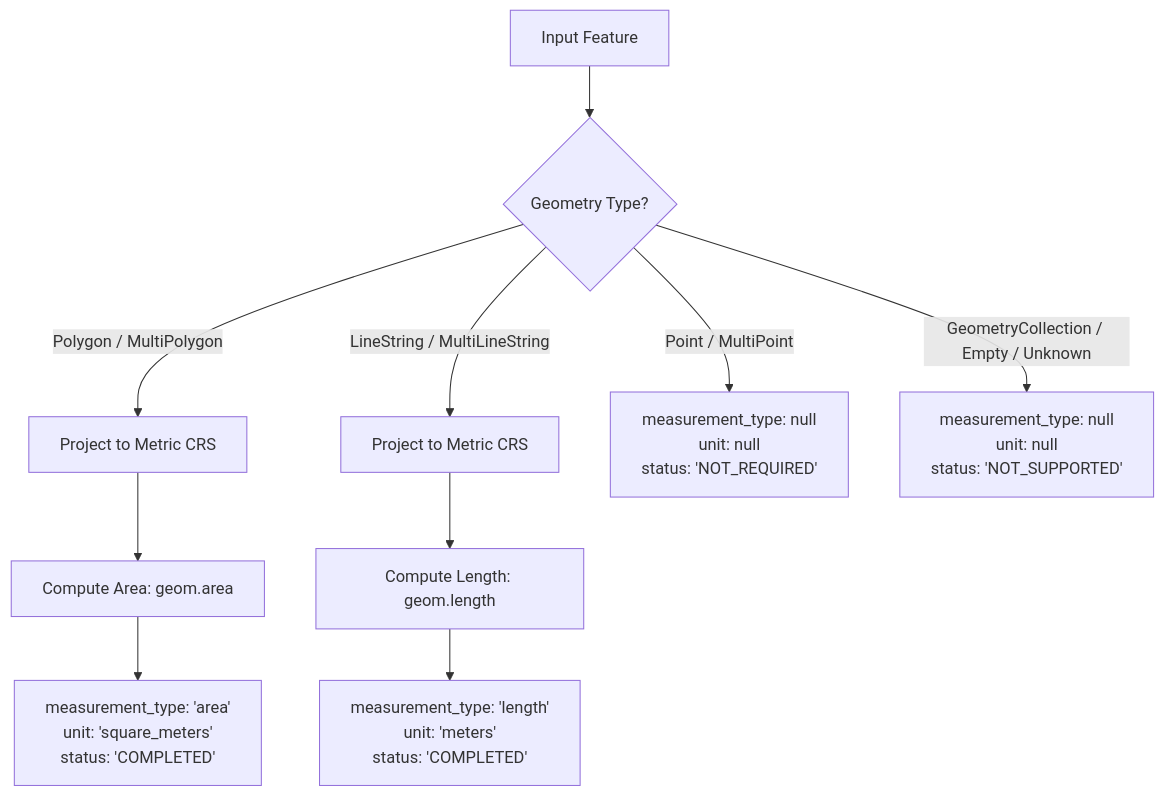
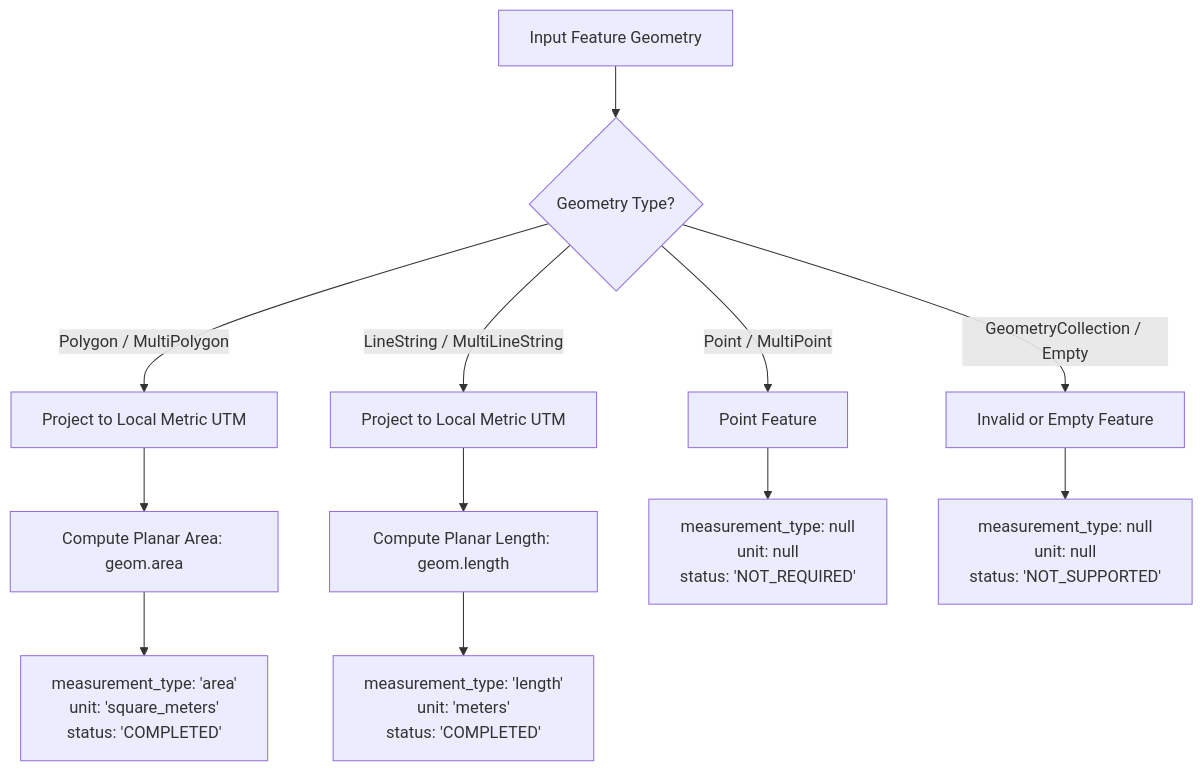
One commit to surhendhaar07/geospatial-file-measurement-api changed the second of 2 diagrams in README.md. Above: the diagram before and after it, drawn with Mermaid. The commit also changed other lines of this file, not shown here.

Commit message:
docs: update README with live Render deployment links, architecture, and design decisions

````diff
--- a/README.md
+++ b/README.md
@@ -200,16 +121,18 @@
 ```mermaid
 flowchart TD
-    Feature[Input Feature] --> CheckGeom{Geometry Type?}
+    Feature[Input Feature Geometry] --> CheckType{Geometry Type?}
     
-    CheckGeom -->|Polygon / MultiPolygon| PolyProj[Project to Metric CRS]
-    PolyProj --> CalcArea[Compute Area: geom.area]
-    CalcArea --> ResultArea["measurement_type: 'area'<br/>unit: 'square_meters'<br/>status: 'COMPLETED'"]
+    CheckType -->|Polygon / MultiPolygon| Poly[Project to Local Metric UTM]
+    Poly --> Area[Compute Planar Area: geom.area]
+    Area --> ResArea["measurement_type: 'area'<br/>unit: 'square_meters'<br/>status: 'COMPLETED'"]
     
-    CheckGeom -->|LineString / MultiLineString| LineProj[Project to Metric CRS]
-    LineProj --> CalcLength[Compute Length: geom.length]
-    CalcLength --> ResultLen["measurement_type: 'length'<br/>unit: 'meters'<br/>status: 'COMPLETED'"]
+    CheckType -->|LineString / MultiLineString| Line[Project to Local Metric UTM]
+    Line --> Len[Compute Planar Length: geom.length]
+    Len --> ResLen["measurement_type: 'length'<br/>unit: 'meters'<br/>status: 'COMPLETED'"]
     
-    CheckGeom -->|Point / MultiPoint| PtPass["measurement_type: null<br/>unit: null<br/>status: 'NOT_REQUIRED'"]
+    CheckType -->|Point / MultiPoint| Pt[Point Feature]
+    Pt --> ResPt["measurement_type: null<br/>unit: null<br/>status: 'NOT_REQUIRED'"]
     
-    CheckGeom -->|GeometryCollection / Empty / Unknown| Unsup["measurement_type: null<br/>unit: null<br/>status: 'NOT_SUPPORTED'"]
+    CheckType -->|GeometryCollection / Empty| Unsup[Invalid or Empty Feature]
+    Unsup --> ResUnsup["measurement_type: null<br/>unit: null<br/>status: 'NOT_SUPPORTED'"]
 ```
````
